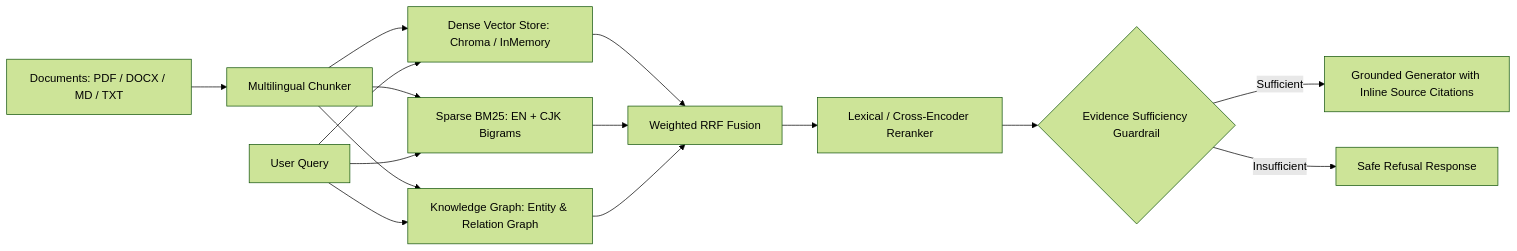
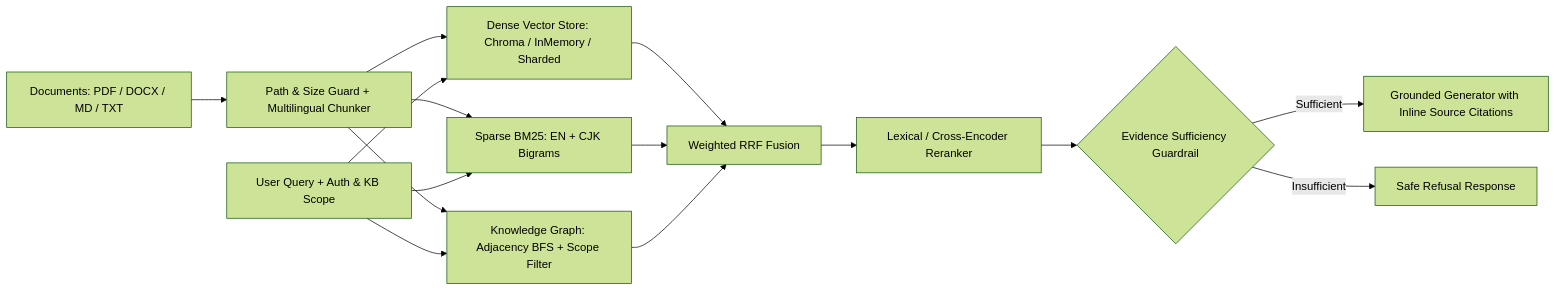
One commit to yunyancuo/velorag changed the diagram in README.md. Above: the diagram before and after it, drawn with Mermaid (forest theme). The commit also changed other lines of this file and 7 other files, not shown here.

````diff
--- a/README.md
+++ b/README.md
@@ -37,13 +42,13 @@
 ```mermaid
 graph LR
-    A[Documents: PDF / DOCX / MD / TXT] --> B[Multilingual Chunker]
-    B --> C1[Dense Vector Store: Chroma / InMemory]
+    A[Documents: PDF / DOCX / MD / TXT] --> B[Path & Size Guard + Multilingual Chunker]
+    B --> C1[Dense Vector Store: Chroma / InMemory / Sharded]
     B --> C2[Sparse BM25: EN + CJK Bigrams]
-    B --> C3[Knowledge Graph: Entity & Relation Graph]
-    Q[User Query] --> C1 & C2 & C3
+    B --> C3[Knowledge Graph: Adjacency BFS + Scope Filter]
+    Q[User Query + Auth & KB Scope] --> C1 & C2 & C3
     C1 & C2 & C3 --> D[Weighted RRF Fusion]
     D --> E[Lexical / Cross-Encoder Reranker]
     E --> F{Evidence Sufficiency Guardrail}
     F -- Sufficient --> G[Grounded Generator with Inline Source Citations]
     F -- Insufficient --> H[Safe Refusal Response]
 ```
````
